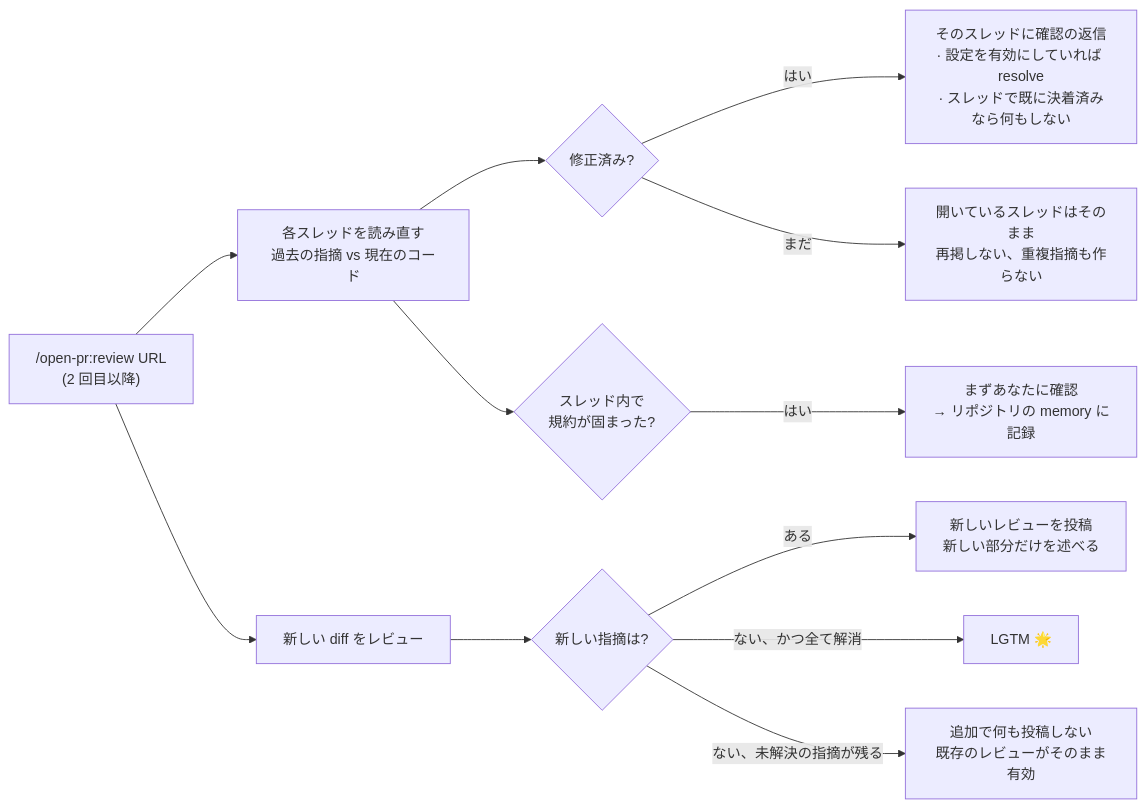
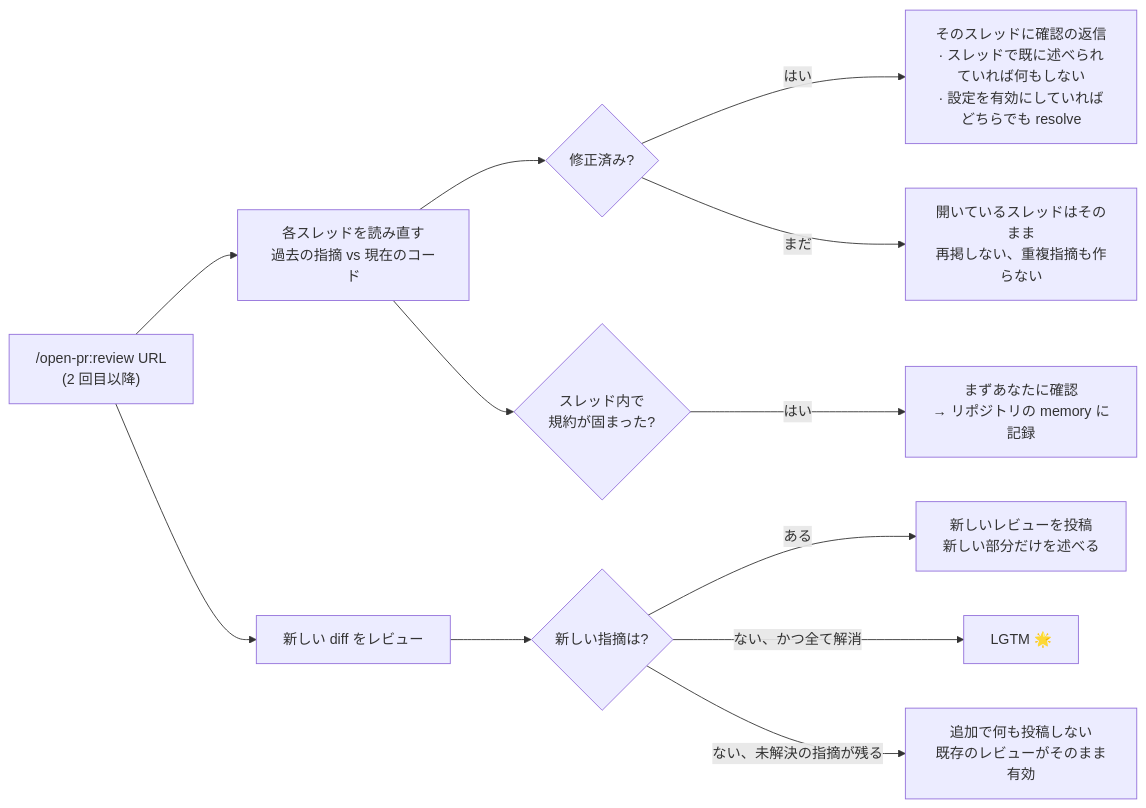
Before and after one commit to TOMOSIA-VIETNAM/open-pr: the first of 2 diagrams in docs/ja-JP/how-it-works.md, drawn with Mermaid. The commit also changed 7 other files, not shown here.

````diff
--- a/docs/ja-JP/how-it-works.md
+++ b/docs/ja-JP/how-it-works.md
@@ -13,14 +13,14 @@
 ```mermaid
 flowchart LR
   A["/open-pr:review URL<br/>(2 回目以降)"] --> B[各スレッドを読み直す<br/>過去の指摘 vs 現在のコード]
   B --> C{修正済み?}
-  C -- はい --> D["そのスレッドに確認の返信<br/>· 設定を有効にしていれば resolve<br/>· スレッドで既に決着済みなら何もしない"]
+  C -- はい --> D["そのスレッドに確認の返信<br/>· スレッドで既に述べられていれば何もしない<br/>· 設定を有効にしていればどちらでも resolve"]
   C -- まだ --> E["開いているスレッドはそのまま<br/>再掲しない、重複指摘も作らない"]
   B --> F{スレッド内で<br/>規約が固まった?}
   F -- はい --> G["まずあなたに確認<br/>→ リポジトリの memory に記録"]
   A --> H[新しい diff をレビュー]
   H --> I{新しい指摘は?}
   I -- ある --> J["新しいレビューを投稿<br/>新しい部分だけを述べる"]
   I -- ない、かつ全て解消 --> K[LGTM 🌟]
   I -- ない、未解決の指摘が残る --> L["追加で何も投稿しない<br/>既存のレビューがそのまま有効"]
 ```
````
